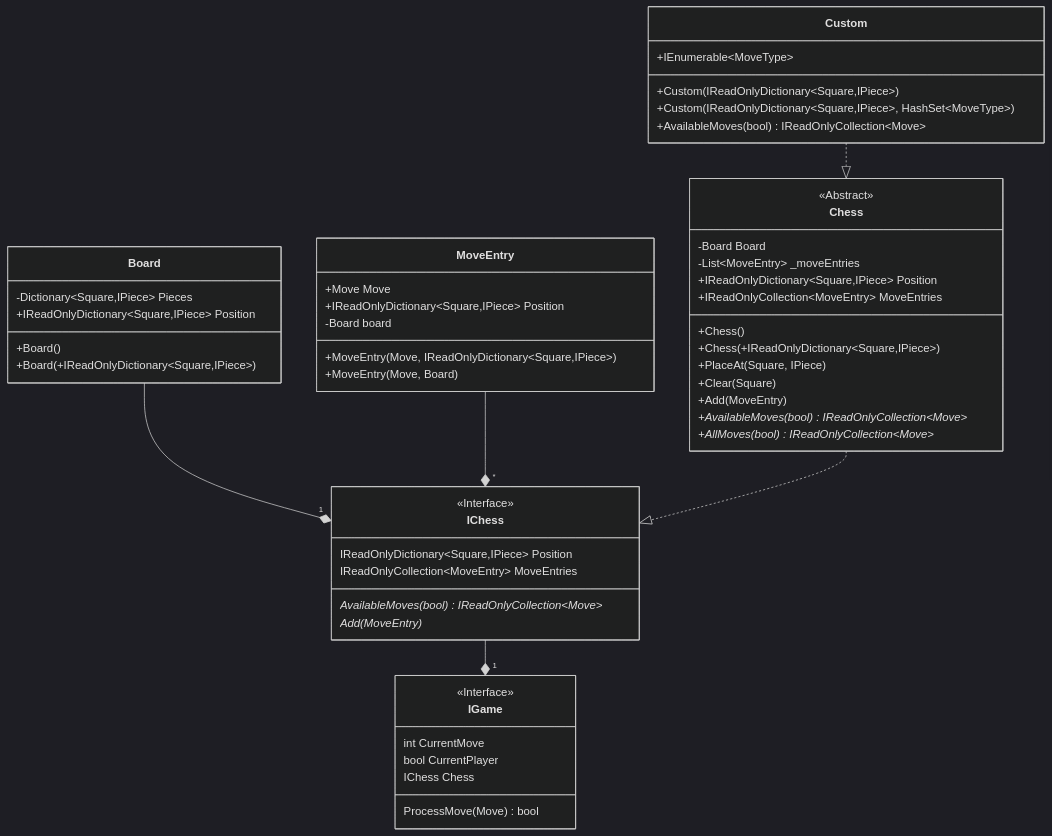
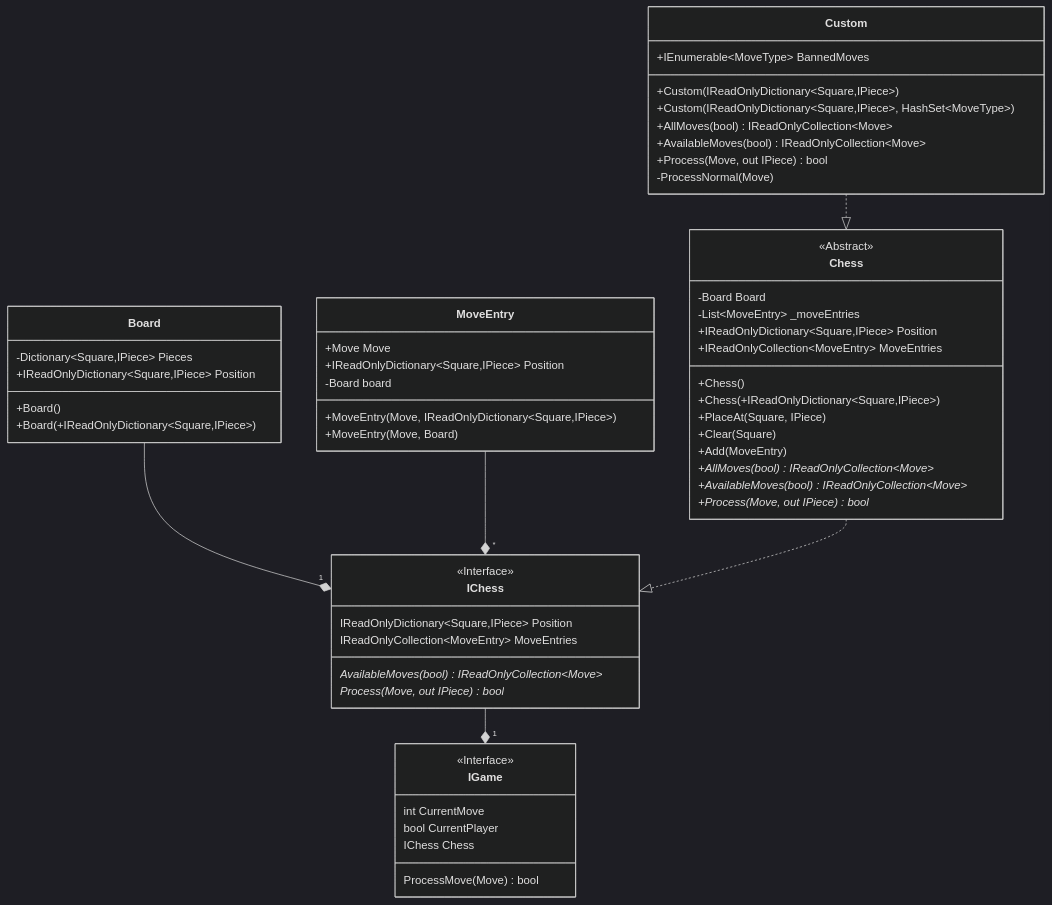
The diagram in UML Diagram/Core/Game.md (JeanLColombo/Mate), drawn with Mermaid (dark theme) before and after one commit. The commit also changed 13 other files, not shown here.

````diff
--- a/UML Diagram/Core/Game.md
+++ b/UML Diagram/Core/Game.md
@@ -1,55 +1,59 @@
 ```mermaid
     classDiagram
     class IChess{
         <<Interface>>
         IReadOnlyDictionary~Square,IPiece~ Position
         IReadOnlyCollection~MoveEntry~ MoveEntries
         AvailableMoves(bool)* IReadOnlyCollection~Move~
-        Add(MoveEntry)*
+        Process(Move, out IPiece)* bool
     }
     class IGame{
         <<Interface>>
         int CurrentMove
         bool CurrentPlayer
         IChess Chess
         ProcessMove(Move) bool
     }
     class Chess{
         <<Abstract>>
         -Board Board
         -List~MoveEntry~ _moveEntries
         +IReadOnlyDictionary~Square,IPiece~ Position
         +IReadOnlyCollection~MoveEntry~ MoveEntries
         +Chess()
         +Chess(+IReadOnlyDictionary~Square,IPiece~)
         +PlaceAt(Square, IPiece) 
         +Clear(Square)
         +Add(MoveEntry) 
+        +AllMoves(bool)* IReadOnlyCollection~Move~
         +AvailableMoves(bool)* IReadOnlyCollection~Move~
-        +AllMoves(bool)* IReadOnlyCollection~Move~
+        +Process(Move, out IPiece)* bool
     }
     class Board{
         -Dictionary~Square,IPiece~ Pieces
         +IReadOnlyDictionary~Square,IPiece~ Position 
         +Board()
         +Board(+IReadOnlyDictionary~Square,IPiece~)
     }
     class MoveEntry{
         +Move Move
         +IReadOnlyDictionary~Square,IPiece~ Position
         -Board board
         +MoveEntry(Move, IReadOnlyDictionary~Square,IPiece~)
         +MoveEntry(Move, Board)
     }
     class Custom{
-        +IEnumerable~MoveType~
+        +IEnumerable~MoveType~ BannedMoves
         +Custom(IReadOnlyDictionary~Square,IPiece~)
         +Custom(IReadOnlyDictionary~Square,IPiece~, HashSet~MoveType~)
+        +AllMoves(bool) IReadOnlyCollection~Move~
         +AvailableMoves(bool) IReadOnlyCollection~Move~
+        +Process(Move, out IPiece) bool
+        -ProcessNormal(Move)
     }
     Board --* "1" IChess
     MoveEntry --* "*" IChess
     Chess ..|> IChess
     IChess --* "1" IGame
     Custom ..|> Chess
 ```
````
